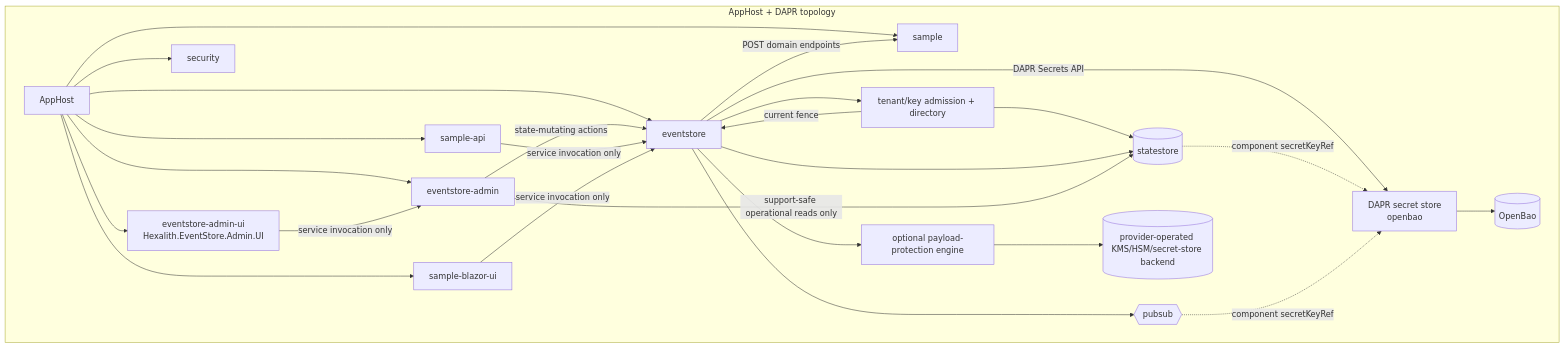
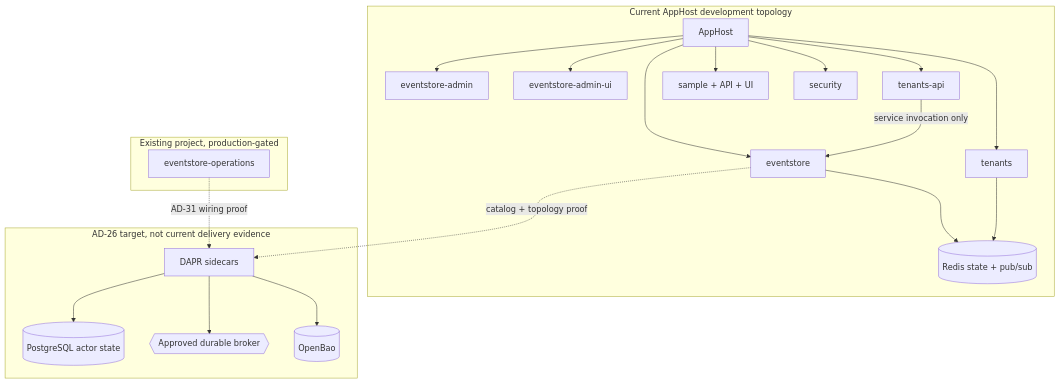
Before and after one commit to Hexalith/Hexalith.EventStore: the second of 2 diagrams in _bmad-output/planning-artifacts/architecture.md, drawn with Mermaid. The commit also changed other lines of this file and 16 other files, not shown here.

First line of the commit message:
feat: add editorial review, rubric closure, and technology currentness updates for architecture spine

````diff
--- a/_bmad-output/planning-artifacts/architecture.md
+++ b/_bmad-output/planning-artifacts/architecture.md
@@ -539,44 +368,38 @@
 ```mermaid
 flowchart TB
-    subgraph LocalAndPublishTopology["AppHost + DAPR topology"]
+    subgraph Current[Current AppHost development topology]
         AppHost[AppHost]
-        EventStore[eventstore]
-        AdminServer[eventstore-admin]
-        AdminUI[eventstore-admin-ui<br/>Hexalith.EventStore.Admin.UI]
-        Sample[sample]
-        SampleApi[sample-api]
-        SampleUI[sample-blazor-ui]
+        ES[eventstore]
+        Admin[eventstore-admin]
+        UI[eventstore-admin-ui]
+        Tenants[tenants]
+        TenantsApi[tenants-api]
+        Sample[sample + API + UI]
         Security[security]
-        DaprSecrets[DAPR secret store<br/>openbao]
+        Redis[(Redis state + pub/sub)]
+        AppHost --> ES
+        AppHost --> Admin
+        AppHost --> UI
+        AppHost --> Tenants
+        AppHost --> TenantsApi
+        AppHost --> Sample
+        AppHost --> Security
+        ES --> Redis
+        Tenants --> Redis
+        TenantsApi -->|service invocation only| ES
+    end
+    subgraph ExistingNotWired[Existing project, production-gated]
+        Operations[eventstore-operations]
+    end
+    subgraph ProductionTarget[AD-26 target, not current delivery evidence]
+        Sidecars[DAPR sidecars]
+        PostgreSQL[(PostgreSQL actor state)]
+        Broker{{Approved durable broker}}
         OpenBao[(OpenBao)]
-        PayloadProtection[optional payload-protection engine]
-        KeyBackend[(provider-operated KMS/HSM/secret-store backend)]
-        Admission[tenant/key admission + directory]
-        StateStore[(statestore)]
-        PubSub{{pubsub}}
+        Sidecars --> PostgreSQL
+        Sidecars --> Broker
+        Sidecars --> OpenBao
     end
-    AppHost --> EventStore
-    AppHost --> AdminServer
-    AppHost --> AdminUI
-    AppHost --> Sample
-    AppHost --> SampleApi
-    AppHost --> SampleUI
-    AppHost --> Security
-    EventStore -->|DAPR Secrets API| DaprSecrets
-    DaprSecrets --> OpenBao
-    StateStore -.->|component secretKeyRef| DaprSecrets
-    PubSub -.->|component secretKeyRef| DaprSecrets
-    EventStore --> PayloadProtection
-    PayloadProtection --> KeyBackend
-    EventStore --> Admission
-    Admission --> StateStore
-    Admission -->|current fence| EventStore
-    EventStore --> StateStore
-    EventStore --> PubSub
-    AdminServer -->|support-safe operational reads only| StateStore
-    AdminServer -->|state-mutating actions| EventStore
-    SampleApi -->|service invocation only| EventStore
-    SampleUI -->|service invocation only| EventStore
-    AdminUI -->|service invocation only| AdminServer
-    EventStore -->|POST domain endpoints| Sample
+    ES -. catalog + topology proof .-> Sidecars
+    Operations -. AD-31 wiring proof .-> Sidecars
 ```
````
